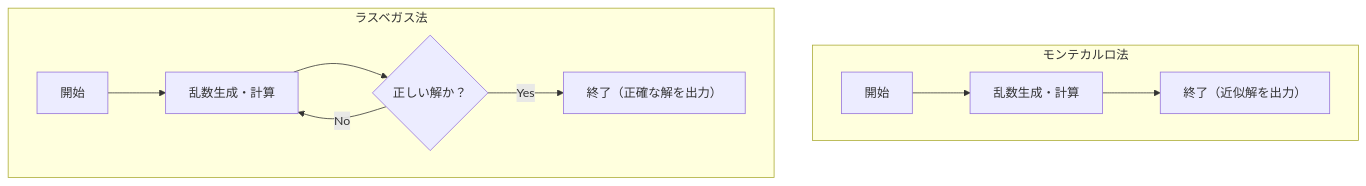
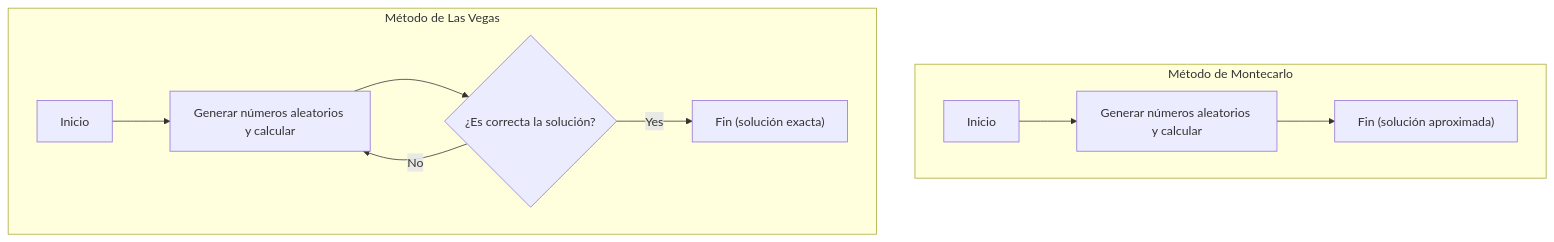
Before and after one commit to kenjinote/blog: the diagram in content/post/monte-carlo-and-las-vegas-algorithms/index.es.md, drawn with Mermaid. The commit also changed 28 other files, not shown here.

Commit message:
Translate Japanese text inside Mermaid diagrams to respective languages

````diff
--- a/content/post/monte-carlo-and-las-vegas-algorithms/index.es.md
+++ b/content/post/monte-carlo-and-las-vegas-algorithms/index.es.md
@@ -151,14 +151,14 @@
 ```mermaid
 graph TD
-    subgraph "モンテカルロ法"
-        M_Start["開始"] --> M_Rand["乱数生成・計算"]
-        M_Rand --> M_End["終了（近似解を出力）"]
+    subgraph "Método de Montecarlo"
+        M_Start["Inicio"] --> M_Rand["Generar números aleatorios y calcular"]
+        M_Rand --> M_End["Fin (solución aproximada)"]
     end
 
-    subgraph "ラスベガス法"
-        L_Start["開始"] --> L_Rand["乱数生成・計算"]
-        L_Rand --> L_Check{"正しい解か？"}
-        L_Check -->|"Yes"| L_End["終了（正確な解を出力）"]
+    subgraph "Método de Las Vegas"
+        L_Start["Inicio"] --> L_Rand["Generar números aleatorios y calcular"]
+        L_Rand --> L_Check{"¿Es correcta la solución?"}
+        L_Check -->|"Yes"| L_End["Fin (solución exacta)"]
         L_Check -->|"No"| L_Rand
     end
 ```
````
